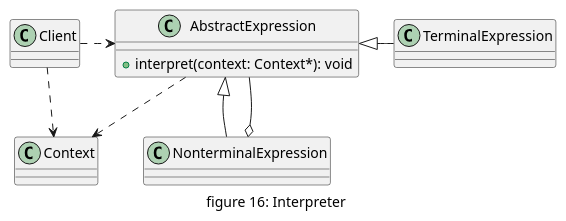
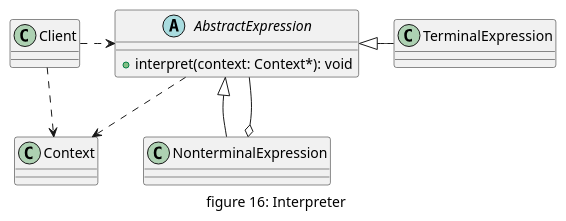
One commit to daileyet/designpattern4cplusplus changed the diagram in doc/uml/16_interpreter.pu. Above: the diagram before and after it, drawn with PlantUML. The commit also changed 33 other files, not shown here.

Commit message:
add iterator and change uml before

```diff
--- a/doc/uml/16_interpreter.pu
+++ b/doc/uml/16_interpreter.pu
@@ -1,19 +1,19 @@
 @startuml "figure16_interpreter"
 caption figure 16: Interpreter
 
 class Context{}
-class AbstractExpression{
+abstract class AbstractExpression{
     + interpret(context: Context*): void
 }
 class TerminalExpression{}
 class NonterminalExpression{}
 class Client{}
 
 AbstractExpression <|-right- TerminalExpression
 AbstractExpression <|-- NonterminalExpression
 AbstractExpression --o NonterminalExpression
 AbstractExpression ..> Context
 
 Client ..> Context
 Client .right.> AbstractExpression
 @enduml
```
